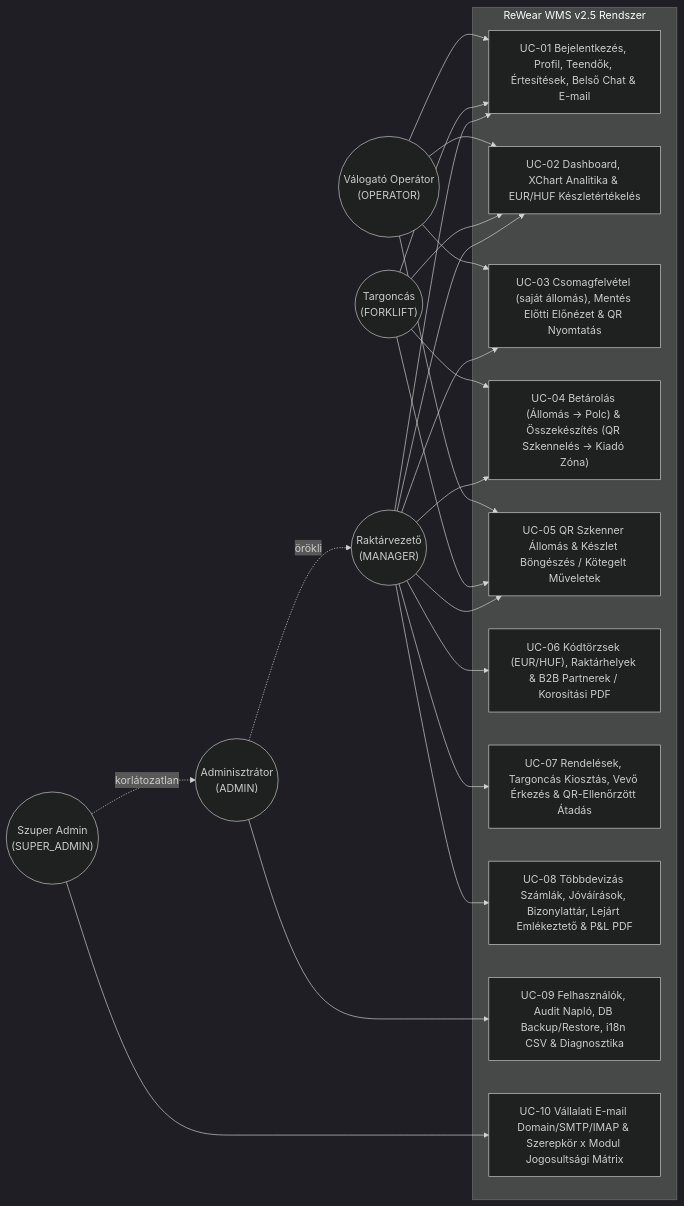
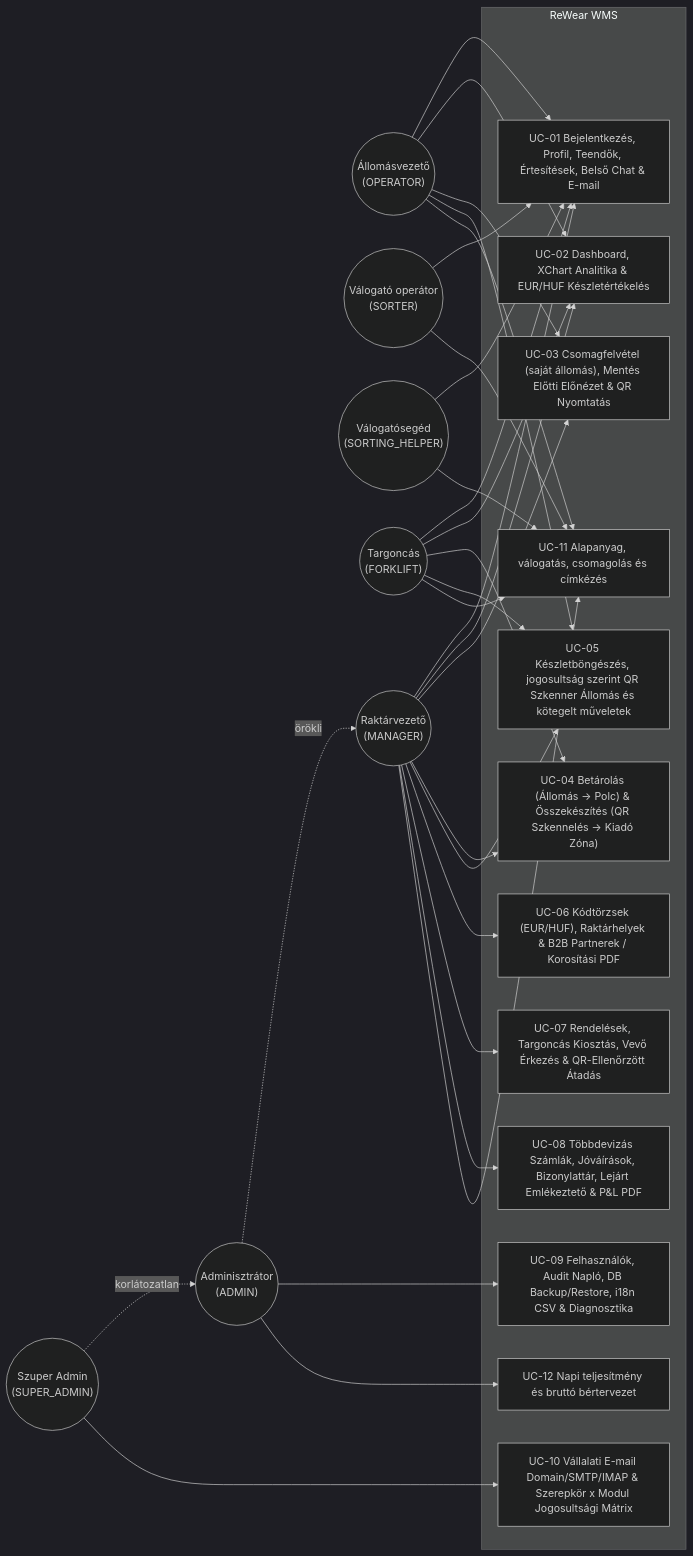
Before and after one commit to attilaczudor/due-prog-03: the second of 5 diagrams in docs/Programterv.md, drawn with Mermaid (dark theme). The commit also changed other lines of this file and 196 other files, not shown here.

````diff
--- a/docs/Programterv.md
+++ b/docs/Programterv.md
@@ -40,46 +54,59 @@
 ```mermaid
 flowchart LR
-    OP(("Válogató Operátor<br/>(OPERATOR)"))
+    OP(("Állomásvezető<br/>(OPERATOR)"))
+    SORTER(("Válogató operátor<br/>(SORTER)"))
+    HELPER(("Válogatósegéd<br/>(SORTING_HELPER)"))
     FL(("Targoncás<br/>(FORKLIFT)"))
     MGR(("Raktárvezető<br/>(MANAGER)"))
     ADM(("Adminisztrátor<br/>(ADMIN)"))
     SADM(("Szuper Admin<br/>(SUPER_ADMIN)"))
 
-    subgraph WMS["ReWear WMS v2.5 Rendszer"]
+    subgraph WMS["ReWear WMS"]
         UC1["UC-01 Bejelentkezés, Profil, Teendők, Értesítések, Belső Chat & E-mail"]
         UC2["UC-02 Dashboard, XChart Analitika & EUR/HUF Készletértékelés"]
         UC3["UC-03 Csomagfelvétel (saját állomás), Mentés Előtti Előnézet & QR Nyomtatás"]
         UC4["UC-04 Betárolás (Állomás -> Polc) & Összekészítés (QR Szkennelés -> Kiadó Zóna)"]
-        UC5["UC-05 QR Szkenner Állomás & Készlet Böngészés / Kötegelt Műveletek"]
+        UC5["UC-05 Készletböngészés, jogosultság szerint QR Szkenner Állomás és kötegelt műveletek"]
         UC6["UC-06 Kódtörzsek (EUR/HUF), Raktárhelyek & B2B Partnerek / Korosítási PDF"]
         UC7["UC-07 Rendelések, Targoncás Kiosztás, Vevő Érkezés & QR-Ellenőrzött Átadás"]
         UC8["UC-08 Többdevizás Számlák, Jóváírások, Bizonylattár, Lejárt Emlékeztető & P&L PDF"]
         UC9["UC-09 Felhasználók, Audit Napló, DB Backup/Restore, i18n CSV & Diagnosztika"]
+        UC11["UC-11 Alapanyag, válogatás, csomagolás és címkézés"]
+        UC12["UC-12 Napi teljesítmény és bruttó bértervezet"]
         UC10["UC-10 Vállalati E-mail Domain/SMTP/IMAP & Szerepkör x Modul Jogosultsági Mátrix"]
     end
 
     OP --> UC1
     OP --> UC2
     OP --> UC3
     OP --> UC5
+    OP --> UC11
+
+    SORTER --> UC1
+    SORTER --> UC11
+    HELPER --> UC1
+    HELPER --> UC11
 
     FL --> UC1
     FL --> UC2
     FL --> UC4
     FL --> UC5
+    FL --> UC11
 
     MGR --> UC1
     MGR --> UC2
     MGR --> UC3
     MGR --> UC4
     MGR --> UC5
     MGR --> UC6
     MGR --> UC7
     MGR --> UC8
+    MGR --> UC11
 
     ADM -.->|"örökli"| MGR
     ADM --> UC9
+    ADM --> UC12
 
     SADM -.->|"korlátozatlan"| ADM
     SADM --> UC10
 ```
````
